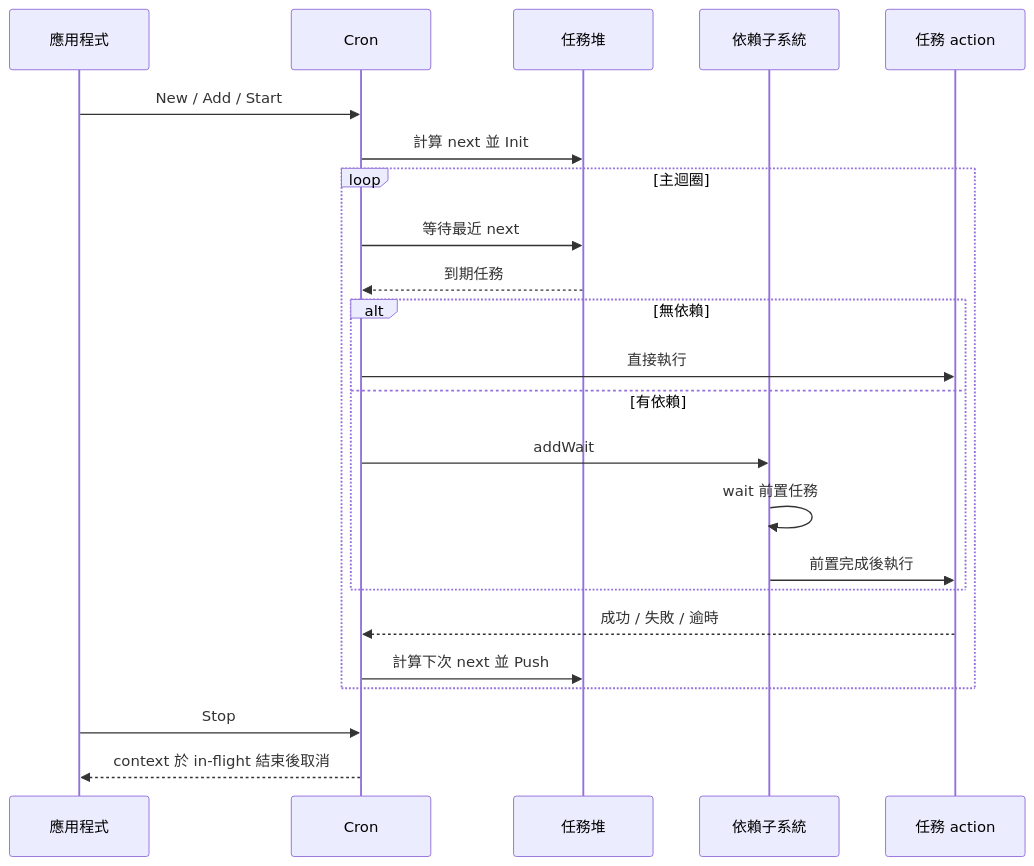
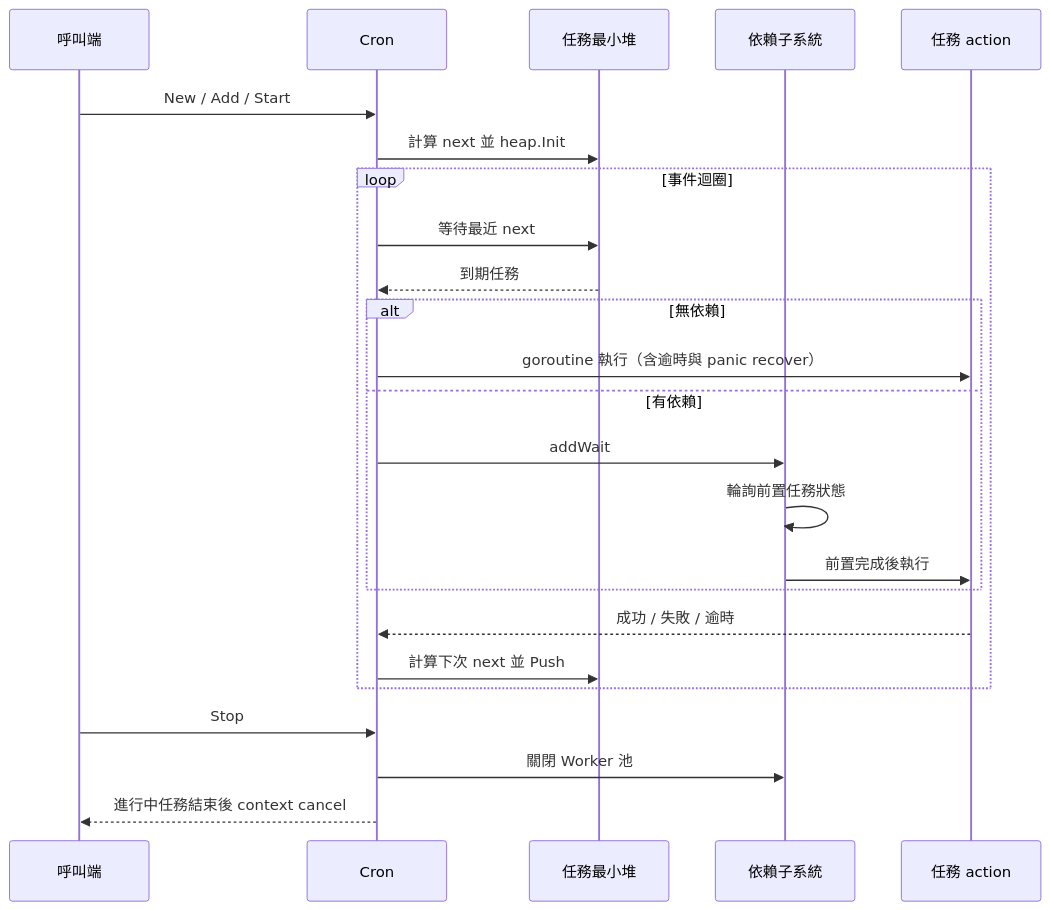
One commit to pardnchiu/go-scheduler changed the sixth of 7 diagrams in doc/architecture.zh.md. Above: the diagram before and after it, drawn with Mermaid. The commit also changed other lines of this file and 6 other files, not shown here.

````diff
--- a/doc/architecture.zh.md
+++ b/doc/architecture.zh.md
@@ -108,26 +133,27 @@
 ```mermaid
 sequenceDiagram
-    participant App as 應用程式
+    participant App as 呼叫端
     participant Cron as Cron
-    participant Heap as 任務堆
+    participant Heap as 任務最小堆
     participant Depend as 依賴子系統
     participant Task as 任務 action
 
     App->>Cron: New / Add / Start
-    Cron->>Heap: 計算 next 並 Init
-    loop 主迴圈
+    Cron->>Heap: 計算 next 並 heap.Init
+    loop 事件迴圈
         Cron->>Heap: 等待最近 next
         Heap-->>Cron: 到期任務
         alt 無依賴
-            Cron->>Task: 直接執行
+            Cron->>Task: goroutine 執行（含逾時與 panic recover）
         else 有依賴
             Cron->>Depend: addWait
-            Depend->>Depend: wait 前置任務
+            Depend->>Depend: 輪詢前置任務狀態
             Depend->>Task: 前置完成後執行
         end
         Task-->>Cron: 成功 / 失敗 / 逾時
         Cron->>Heap: 計算下次 next 並 Push
     end
     App->>Cron: Stop
-    Cron-->>App: context 於 in-flight 結束後取消
+    Cron->>Depend: 關閉 Worker 池
+    Cron-->>App: 進行中任務結束後 context cancel
 ```
````
